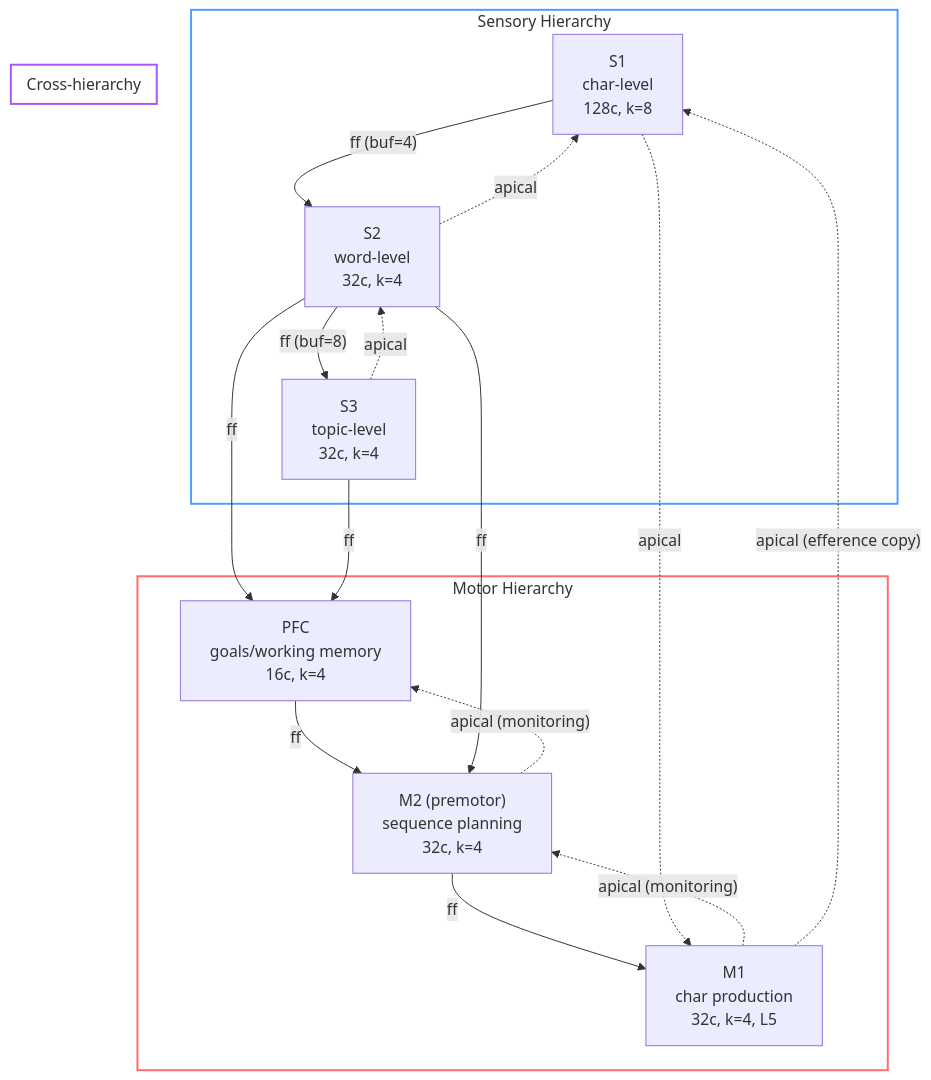
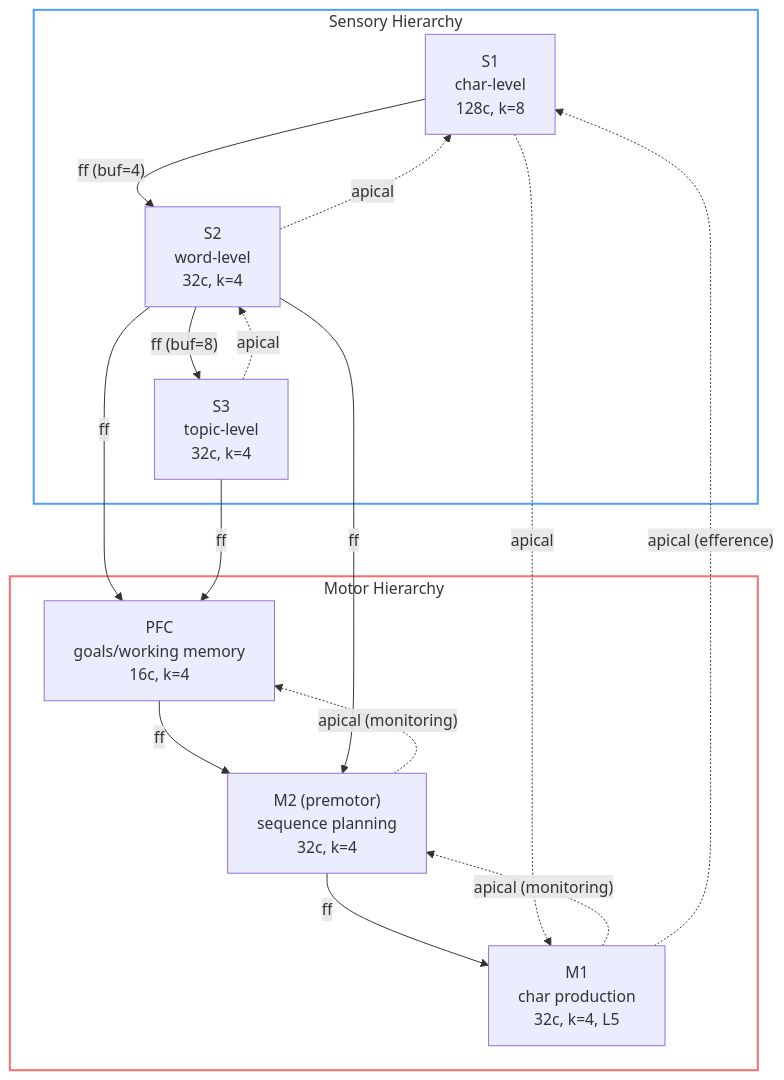
Before and after one commit to fuJiin/arbora: the diagram in README.md, drawn with Mermaid. The commit also changed 3 other files, not shown here.

````diff
--- a/README.md
+++ b/README.md
@@ -34,34 +34,31 @@
 ```mermaid
 graph TB
     subgraph Sensory["Sensory Hierarchy"]
         S1["S1<br/>char-level<br/>128c, k=8"]
         S2["S2<br/>word-level<br/>32c, k=4"]
         S3["S3<br/>topic-level<br/>32c, k=4"]
         S1 -->|"ff (buf=4)"| S2
         S2 -->|"ff (buf=8)"| S3
         S3 -.->|apical| S2
         S2 -.->|apical| S1
     end
 
     subgraph Motor["Motor Hierarchy"]
         PFC["PFC<br/>goals/working memory<br/>16c, k=4"]
         M2["M2 (premotor)<br/>sequence planning<br/>32c, k=4"]
         M1["M1<br/>char production<br/>32c, k=4, L5"]
         PFC -->|ff| M2
         M2 -->|ff| M1
         M1 -.->|"apical (monitoring)"| M2
         M2 -.->|"apical (monitoring)"| PFC
     end
 
-    subgraph Cross["Cross-hierarchy"]
-        S2 -->|ff| PFC
-        S3 -->|ff| PFC
-        S2 -->|ff| M2
-        S1 -.->|apical| M1
-        M1 -.->|"apical (efference copy)"| S1
-    end
+    S2 -->|ff| PFC
+    S3 -->|ff| PFC
+    S2 -->|ff| M2
+    S1 -.->|apical| M1
+    M1 -.->|"apical (efference)"| S1
 
     style Sensory fill:none,stroke:#4a9eff,stroke-width:2px
     style Motor fill:none,stroke:#ff6b6b,stroke-width:2px
-    style Cross fill:none,stroke:#a855f7,stroke-width:2px
 ```
````
